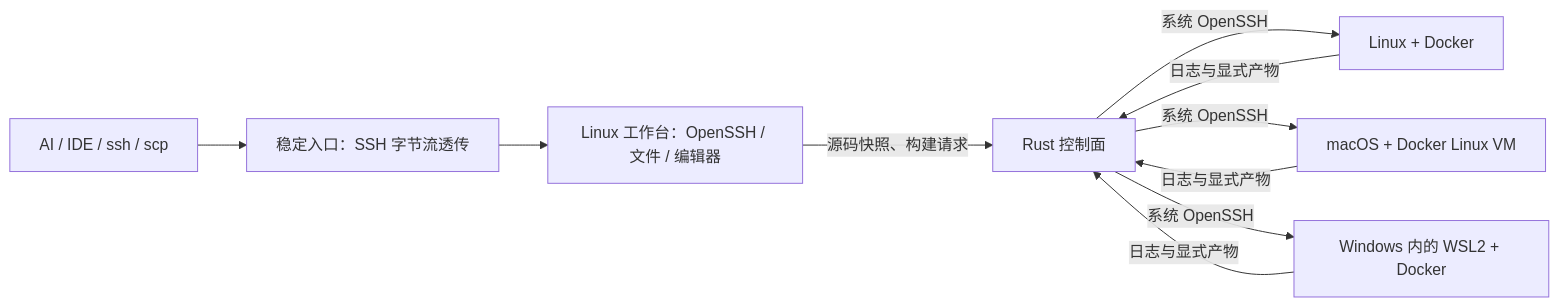
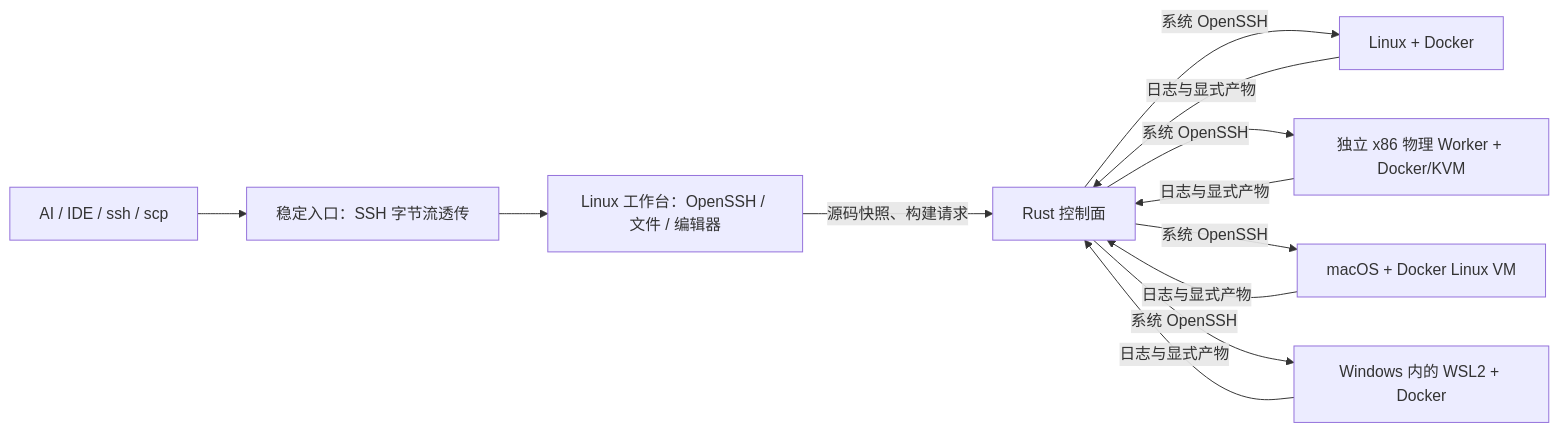
The diagram in README.md (zjarlin/sshpool), drawn with Mermaid before and after one commit. The commit also changed other lines of this file and 20 other files, not shown here.

````diff
--- a/README.md
+++ b/README.md
@@ -59,12 +59,14 @@
 ```mermaid
 flowchart LR
   Client[AI / IDE / ssh / scp] --> SSH[稳定入口：SSH 字节流透传]
   SSH --> Linux[Linux 工作台：OpenSSH / 文件 / 编辑器]
   Linux -->|源码快照、构建请求| Controller[Rust 控制面]
   Controller -->|系统 OpenSSH| A[Linux + Docker]
+  Controller -->|系统 OpenSSH| D[独立 x86 物理 Worker + Docker/KVM]
   Controller -->|系统 OpenSSH| B[macOS + Docker Linux VM]
   Controller -->|系统 OpenSSH| C[Windows 内的 WSL2 + Docker]
   A -->|日志与显式产物| Controller
+  D -->|日志与显式产物| Controller
   B -->|日志与显式产物| Controller
   C -->|日志与显式产物| Controller
 ```
````
